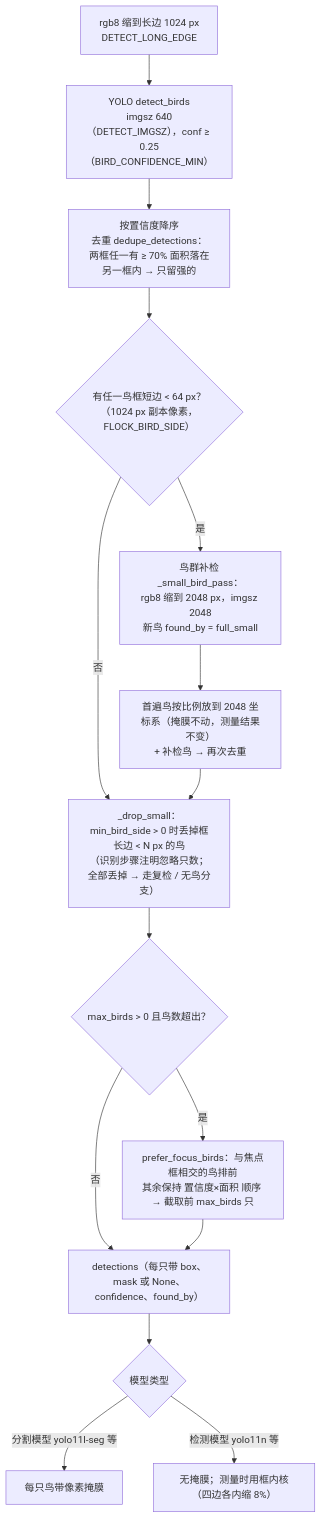
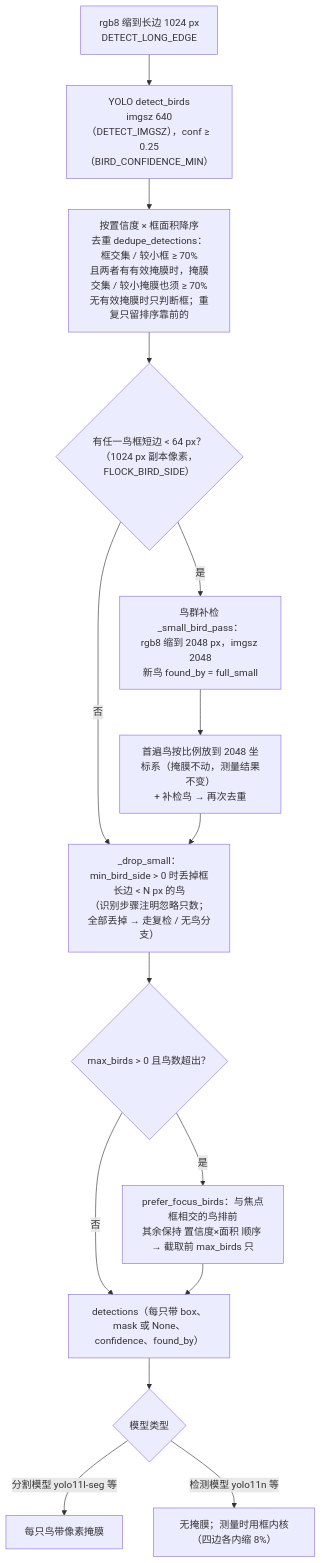
One commit to OscarKing888/SuperBirdTools changed the fifth of 18 diagrams in docs/bird_sharpness_flowchart.md. Above: the diagram before and after it, drawn with Mermaid. The commit also changed other lines of this file and 6 other files, not shown here.

````diff
--- a/docs/bird_sharpness_flowchart.md
+++ b/docs/bird_sharpness_flowchart.md
@@ -163,17 +163,17 @@
 ```mermaid
 flowchart TD
     A["rgb8 缩到长边 1024 px<br/>DETECT_LONG_EDGE"] --> B["YOLO detect_birds<br/>imgsz 640（DETECT_IMGSZ），conf ≥ 0.25（BIRD_CONFIDENCE_MIN）"]
-    B --> C["按置信度降序<br/>去重 dedupe_detections：<br/>两框任一有 ≥ 70% 面积落在另一框内 → 只留强的"]
+    B --> C["按置信度 × 框面积降序<br/>去重 dedupe_detections：框交集 / 较小框 ≥ 70%<br/>且两者有有效掩膜时，掩膜交集 / 较小掩膜也须 ≥ 70%<br/>无有效掩膜时只判断框；重复只留排序靠前的"]
     C --> D{"有任一鸟框短边 < 64 px？<br/>（1024 px 副本像素，FLOCK_BIRD_SIDE）"}
     D -->|是| E["鸟群补检 _small_bird_pass：<br/>rgb8 缩到 2048 px，imgsz 2048<br/>新鸟 found_by = full_small"]
     E --> F["首遍鸟按比例放到 2048 坐标系（掩膜不动，测量结果不变）<br/>+ 补检鸟 → 再次去重"]
     D -->|否| H0
     F --> H0["_drop_small：min_bird_side > 0 时丢掉框长边 < N px 的鸟<br/>（识别步骤注明忽略只数；全部丢掉 → 走复检 / 无鸟分支）"]
     H0 --> G{"max_birds > 0 且鸟数超出？"}
     G -->|是| H["prefer_focus_birds：与焦点框相交的鸟排前<br/>其余保持 置信度×面积 顺序 → 截取前 max_birds 只"]
     G -->|否| I
     H --> I["detections（每只带 box、mask 或 None、confidence、found_by）"]
     I --> J{"模型类型"}
     J -->|分割模型 yolo11l-seg 等| K["每只鸟带像素掩膜"]
     J -->|检测模型 yolo11n 等| L["无掩膜；测量时用框内核（四边各内缩 8%）"]
 ```
````
